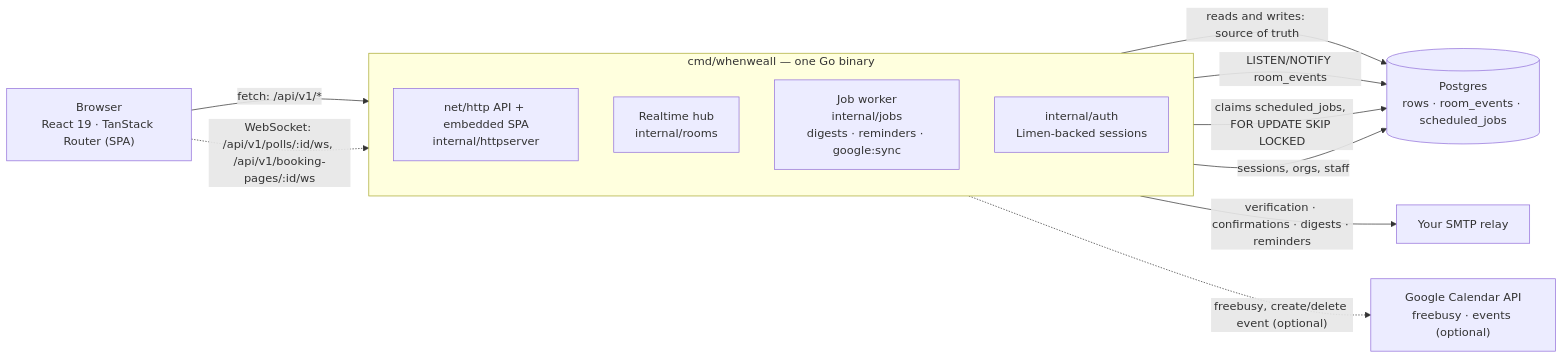
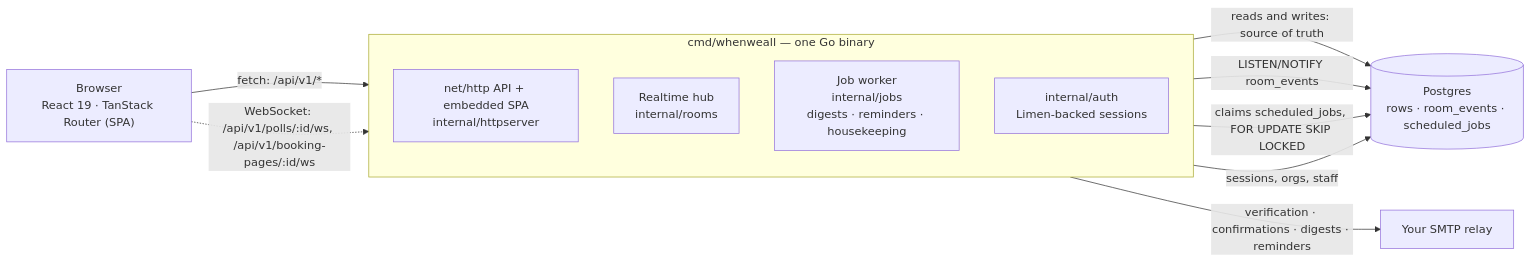
The diagram in README.md (refsdal/whenweall), drawn with Mermaid before and after one commit. The commit also changed other lines of this file, not shown here.

First line of the commit message:
docs: Google Calendar sync is not available in v5 yet

````diff
--- a/README.md
+++ b/README.md
@@ -208,25 +208,23 @@
 ```mermaid
 flowchart LR
   B["Browser<br/>React 19 · TanStack Router (SPA)"]
 
   subgraph APP["cmd/whenweall — one Go binary"]
     direction TB
     H["net/http API + embedded SPA<br/>internal/httpserver"]
     RM["Realtime hub<br/>internal/rooms"]
-    J["Job worker<br/>internal/jobs<br/>digests · reminders · google:sync"]
+    J["Job worker<br/>internal/jobs<br/>digests · reminders · housekeeping"]
     A["internal/auth<br/>Limen-backed sessions"]
   end
 
   PG[("Postgres<br/>rows · room_events · scheduled_jobs")]
   SMTP["Your SMTP relay"]
-  G["Google Calendar API<br/>freebusy · events (optional)"]
 
   B -- "fetch: /api/v1/*" --> H
   B -. "WebSocket: /api/v1/polls/:id/ws, /api/v1/booking-pages/:id/ws" .-> RM
   H -- "reads and writes: source of truth" --> PG
   RM -- "LISTEN/NOTIFY room_events" --> PG
   J -- "claims scheduled_jobs, FOR UPDATE SKIP LOCKED" --> PG
   J -- "verification · confirmations · digests · reminders" --> SMTP
-  J -. "freebusy, create/delete event (optional)" .-> G
   A -- "sessions, orgs, staff" --> PG
 ```
````
